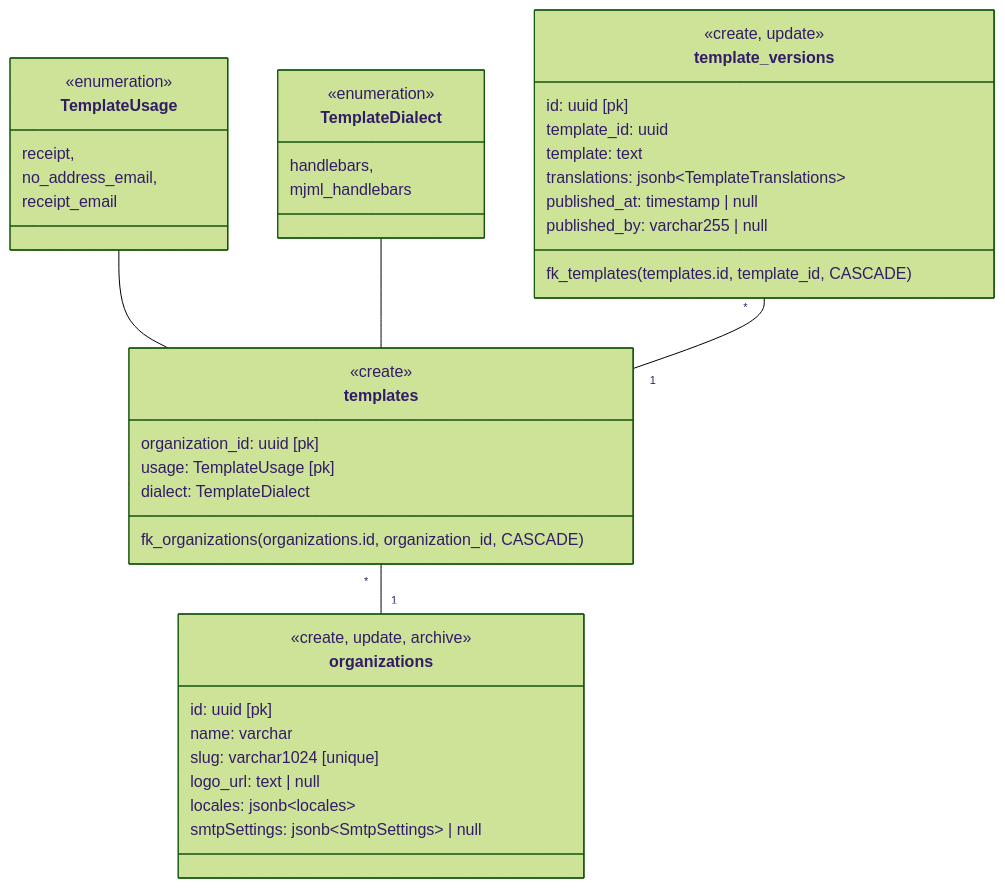
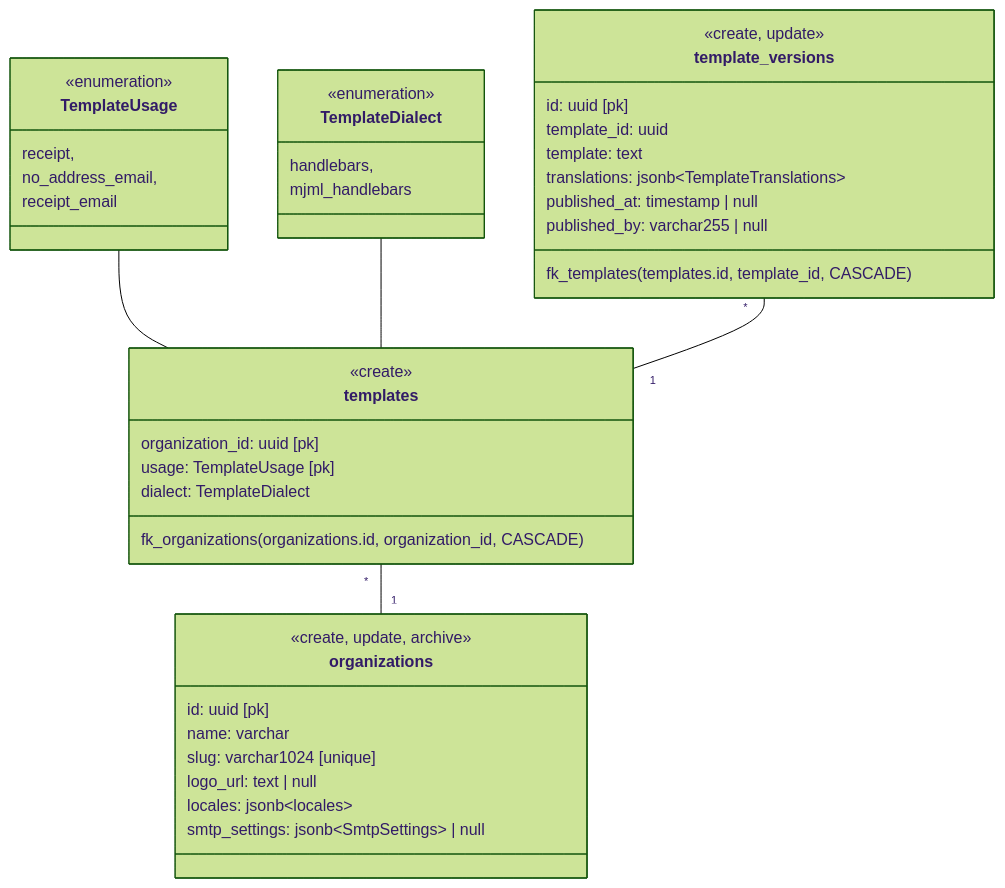
Before and after one commit to mtl-benevolent/donation-management: the third of 4 diagrams in docs/db-diagram.md, drawn with Mermaid (forest theme).

Commit message:
Fix naming convention on DB Diagram

````diff
--- a/docs/db-diagram.md
+++ b/docs/db-diagram.md
@@ -46,57 +46,57 @@
 ```mermaid
   classDiagram
 
   class organizations {
     <<create, update, archive>>
     id: uuid [pk]
     name: varchar
     slug: varchar1024 [unique]
     logo_url: text | null
     locales: jsonb~locales~
 
-    smtpSettings: jsonb~SmtpSettings~ | null
+    smtp_settings: jsonb~SmtpSettings~ | null
   }
 
   class templates {
     <<create>>
     organization_id: uuid [pk]
     usage: TemplateUsage [pk]
     dialect: TemplateDialect
 
     fk_organizations(organizations.id, organization_id, CASCADE)
   }
   templates "*" -- "1" organizations
 
   class TemplateUsage {
     <<enumeration>>
     receipt,
     no_address_email,
     receipt_email
   }
 
   TemplateUsage -- templates
 
   class TemplateDialect {
     <<enumeration>>
     handlebars,
     mjml_handlebars
   }
 
   TemplateDialect -- templates
 
   class template_versions {
     <<create, update>>
     id: uuid [pk]
     template_id: uuid
 
     template: text
     translations: jsonb~TemplateTranslations~
 
     published_at: timestamp | null
     published_by: varchar255 | null
 
     fk_templates(templates.id, template_id, CASCADE)
   }
 
   template_versions "*" -- "1" templates
 ```
````
